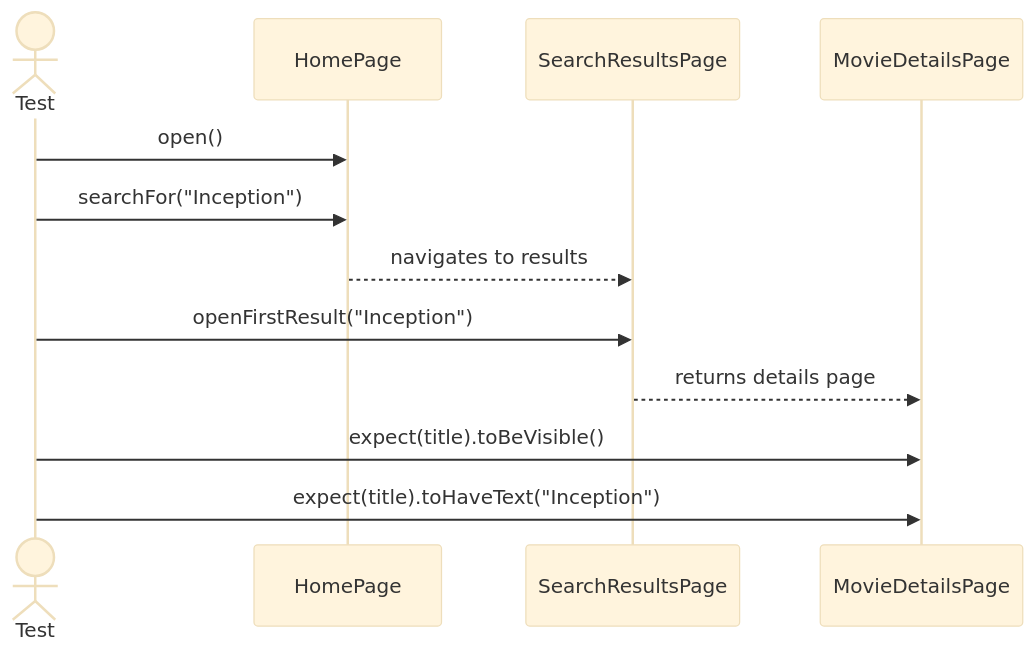
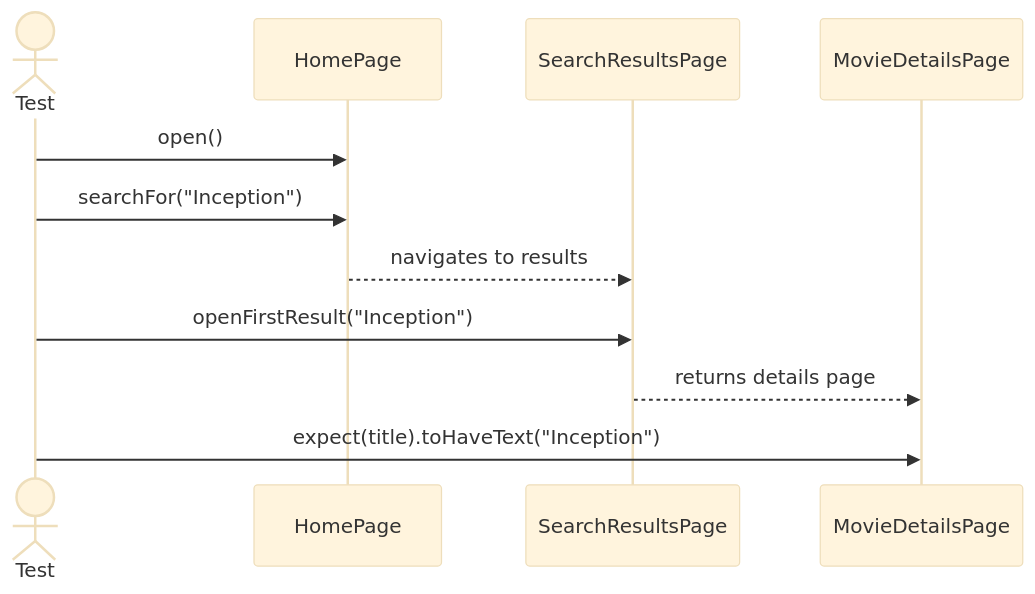
The second of 5 diagrams in README.md (criguex/civica-playwright-challenge), drawn with Mermaid (base theme) before and after one commit. The commit also changed other lines of this file and 39 other files, not shown here.

````diff
--- a/README.md
+++ b/README.md
@@ -219,14 +249,13 @@
 ```mermaid
 sequenceDiagram
   actor U as Test
   participant H as HomePage
   participant R as SearchResultsPage
   participant M as MovieDetailsPage
   U->>H: open()
   U->>H: searchFor("Inception")
   H-->>R: navigates to results
   U->>R: openFirstResult("Inception")
   R-->>M: returns details page
-  U->>M: expect(title).toBeVisible()
   U->>M: expect(title).toHaveText("Inception")
 ```
````
